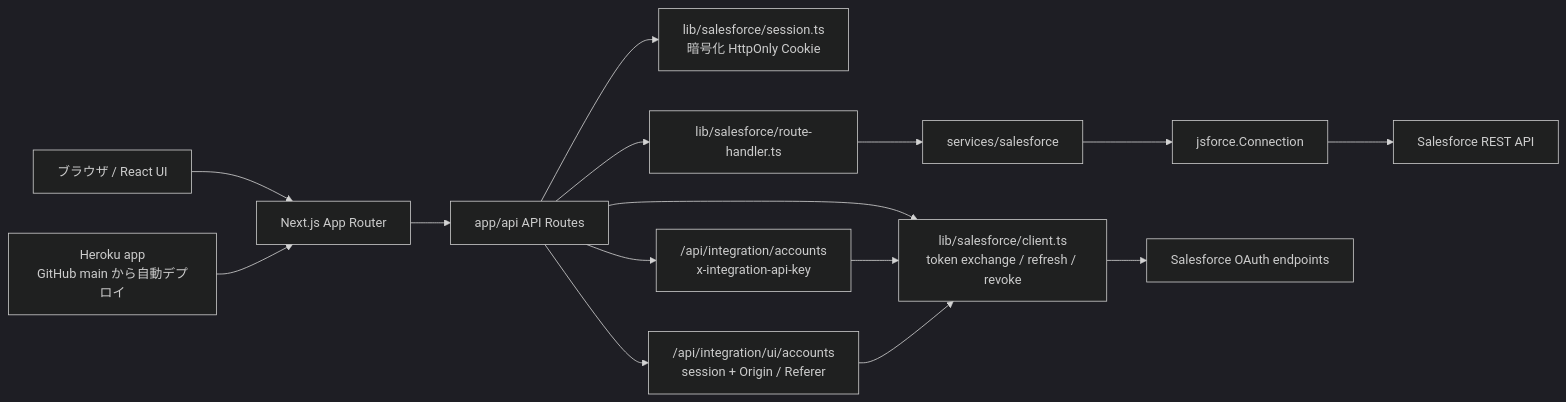
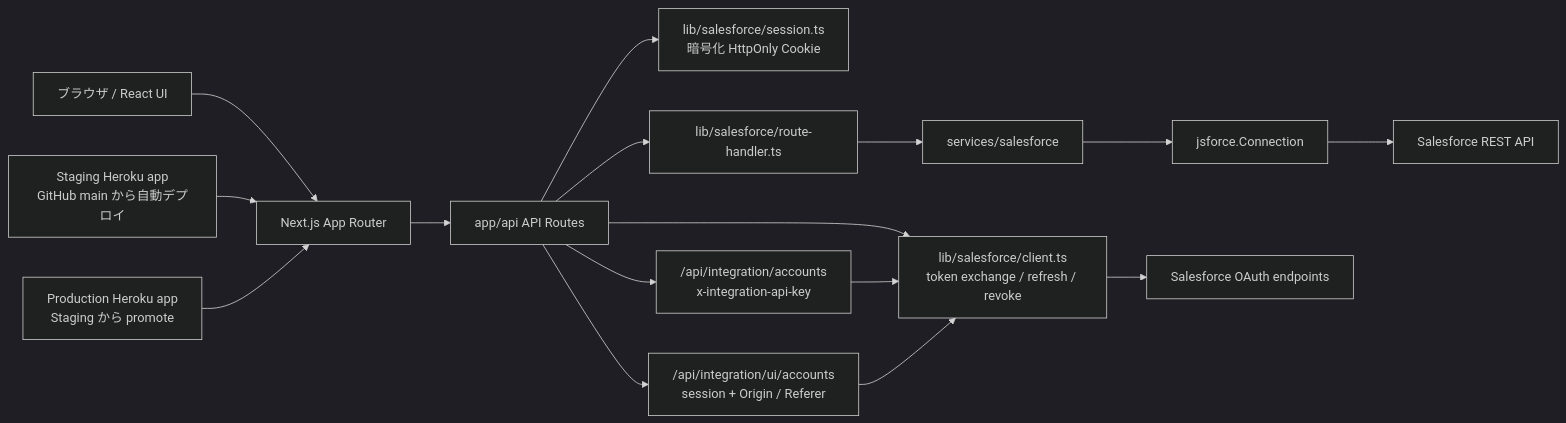
Before and after one commit to tyoshikawa1106/salesforce-api-playground: the first of 3 diagrams in docs/architecture/system-overview.md, drawn with Mermaid (dark theme). The commit also changed other lines of this file and 5 other files, not shown here.

````diff
--- a/docs/architecture/system-overview.md
+++ b/docs/architecture/system-overview.md
@@ -20,17 +20,18 @@
 ```mermaid
 flowchart LR
     Browser["ブラウザ / React UI"] --> App["Next.js App Router"]
     App --> Api["app/api API Routes"]
     Api --> Session["lib/salesforce/session.ts<br/>暗号化 HttpOnly Cookie"]
     Api --> RouteHandler["lib/salesforce/route-handler.ts"]
     RouteHandler --> Service["services/salesforce"]
     Service --> Jsforce["jsforce.Connection"]
     Jsforce --> Salesforce["Salesforce REST API"]
     Api --> OAuthClient["lib/salesforce/client.ts<br/>token exchange / refresh / revoke"]
     OAuthClient --> SalesforceOAuth["Salesforce OAuth endpoints"]
     Api --> IntegrationApi["/api/integration/accounts<br/>x-integration-api-key"]
     Api --> IntegrationUiApi["/api/integration/ui/accounts<br/>session + Origin / Referer"]
     IntegrationApi --> OAuthClient
     IntegrationUiApi --> OAuthClient
-    Heroku["Heroku app<br/>GitHub main から自動デプロイ"] --> App
+    StagingHeroku["Staging Heroku app<br/>GitHub main から自動デプロイ"] --> App
+    ProductionHeroku["Production Heroku app<br/>Staging から promote"] --> App
 ```
````
